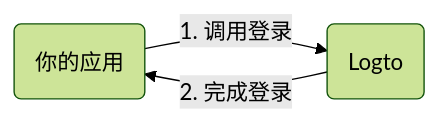
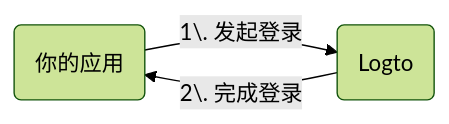
Before and after one commit to logto-io/docs: the diagram in i18n/zh-CN/docusaurus-plugin-content-docs/current/quick-starts/fragments/_web-sign-in-flow-summary.mdx, drawn with Mermaid (forest theme). The commit also changed other lines of this file and 162 other files, not shown here.

````diff
--- a/i18n/zh-CN/docusaurus-plugin-content-docs/current/quick-starts/fragments/_web-sign-in-flow-summary.mdx
+++ b/i18n/zh-CN/docusaurus-plugin-content-docs/current/quick-starts/fragments/_web-sign-in-flow-summary.mdx
@@ -5,5 +5,5 @@
 ```mermaid
 graph LR
-    A(你的应用) -->|1. 调用登录| B(Logto)
-    B -->|2. 完成登录| A
+    A(你的应用) -->|1\. 发起登录| B(Logto)
+    B -->|2\. 完成登录| A
 ```
````
